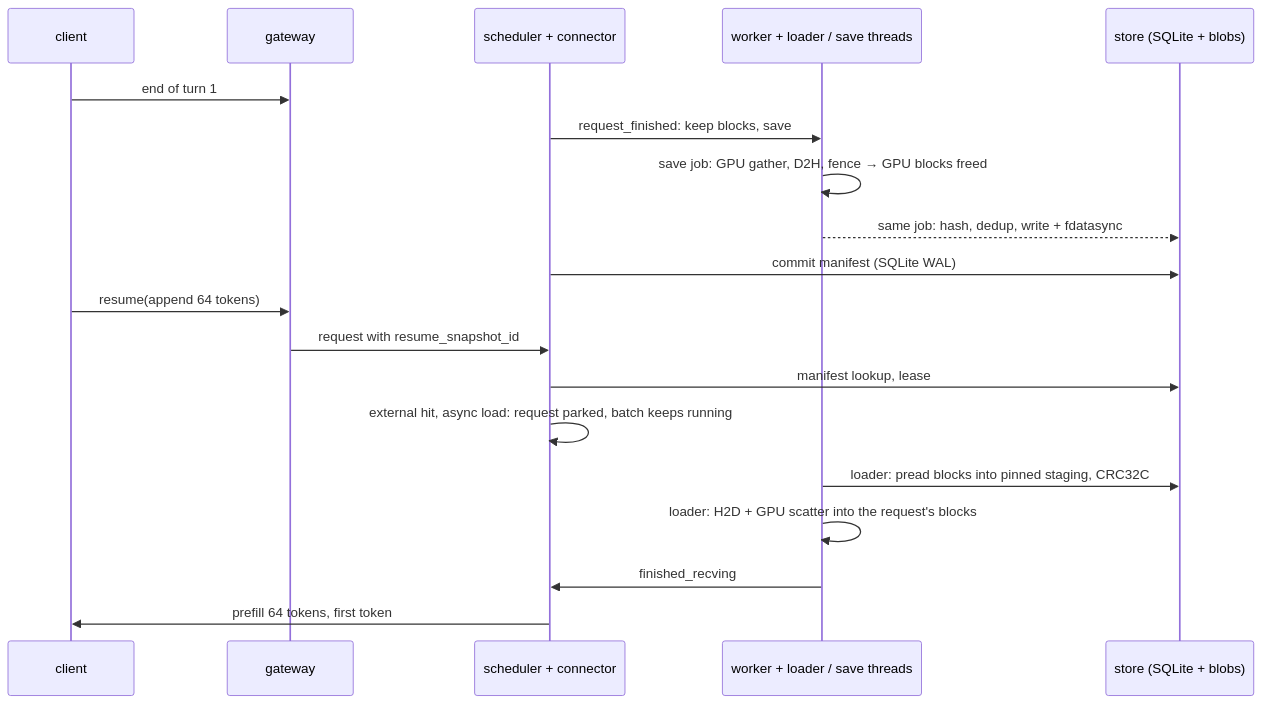
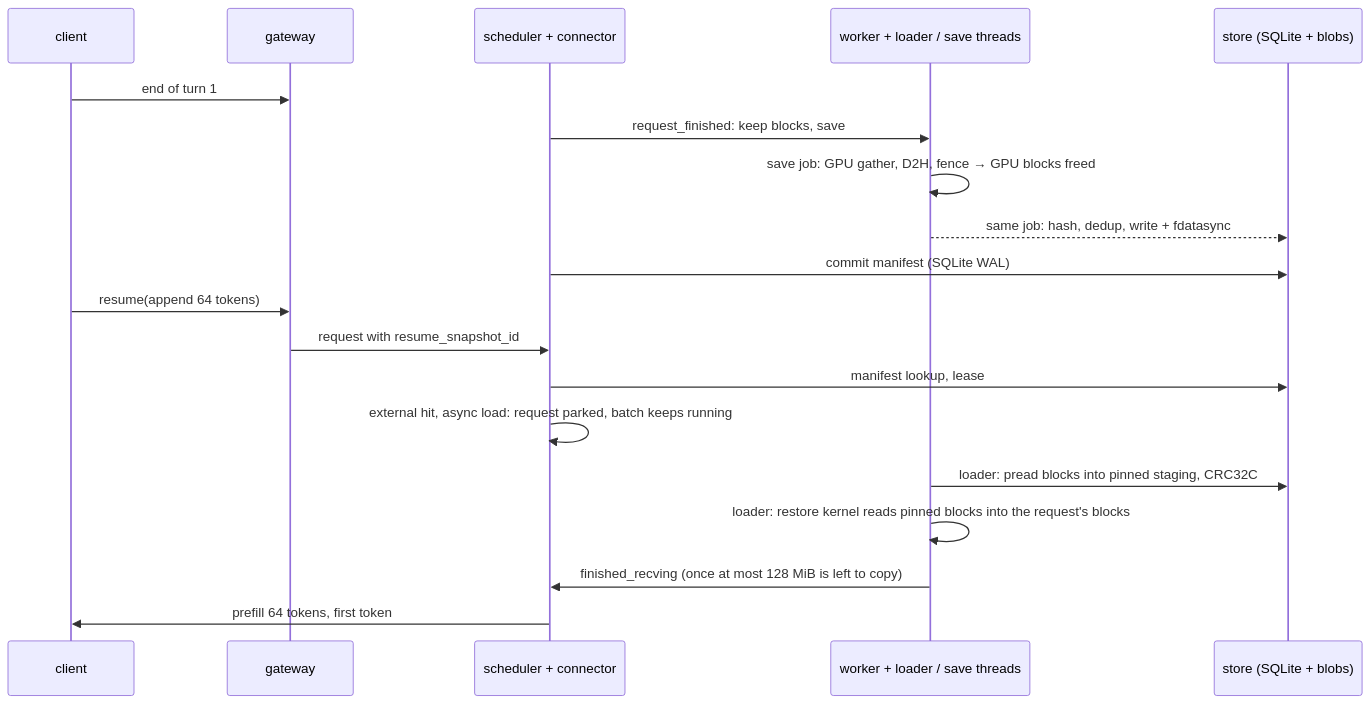
The diagram in README.md (simon-jd/kvsnap), drawn with Mermaid before and after one commit. The commit also changed other lines of this file and 4 other files, not shown here.

````diff
--- a/README.md
+++ b/README.md
@@ -95,21 +129,21 @@
 ```mermaid
 sequenceDiagram
   participant C as client
   participant G as gateway
   participant S as scheduler + connector
   participant W as worker + loader / save threads
   participant D as store (SQLite + blobs)
   C->>G: end of turn 1
   S->>W: request_finished: keep blocks, save
   W->>W: save job: GPU gather, D2H, fence → GPU blocks freed
   W-->>D: same job: hash, dedup, write + fdatasync
   S->>D: commit manifest (SQLite WAL)
   C->>G: resume(append 64 tokens)
   G->>S: request with resume_snapshot_id
   S->>D: manifest lookup, lease
   S->>S: external hit, async load: request parked, batch keeps running
   W->>D: loader: pread blocks into pinned staging, CRC32C
-  W->>W: loader: H2D + GPU scatter into the request's blocks
-  W->>S: finished_recving
+  W->>W: loader: restore kernel reads pinned blocks into the request's blocks
+  W->>S: finished_recving (once at most 128 MiB is left to copy)
   S->>C: prefill 64 tokens, first token
 ```
````
